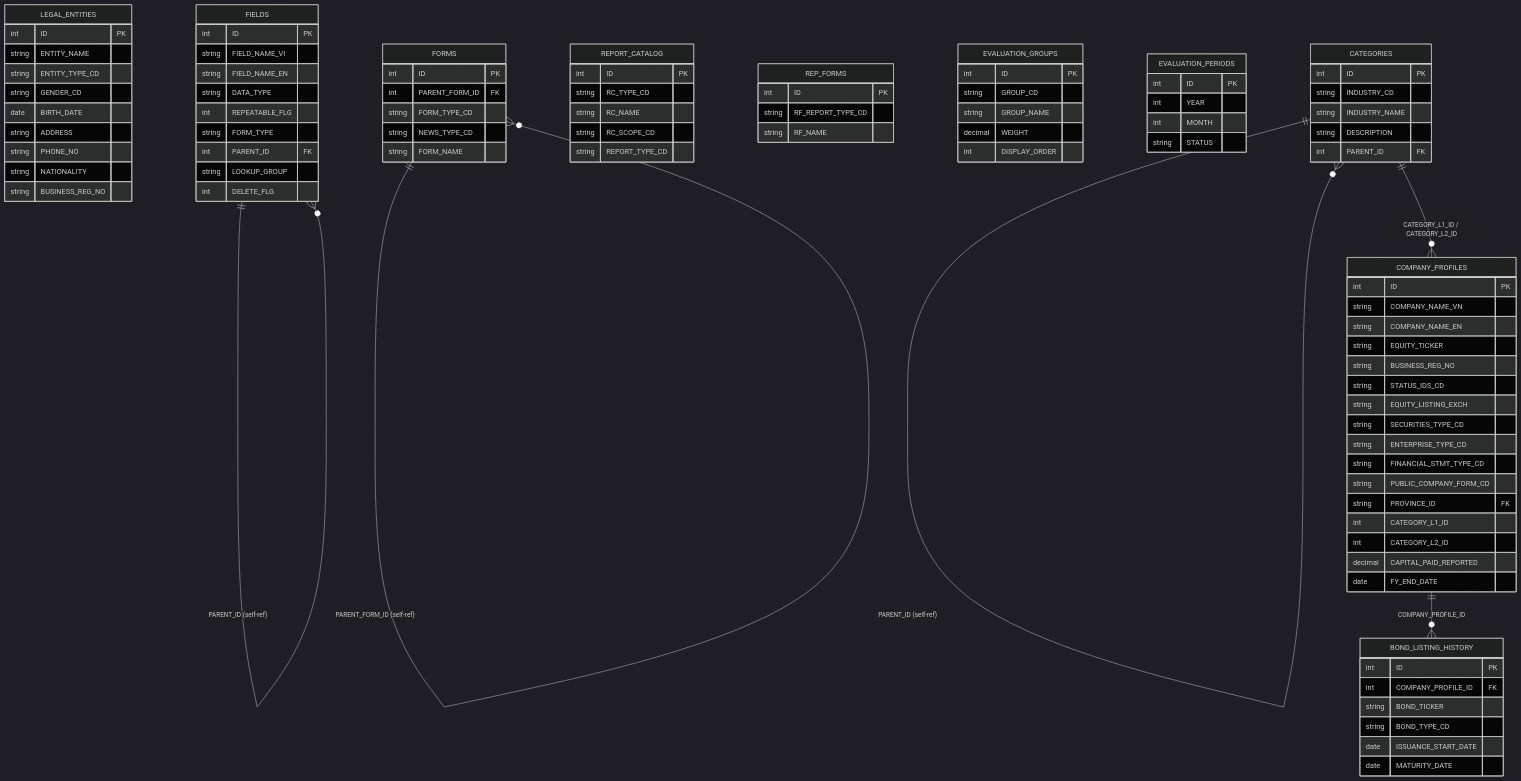
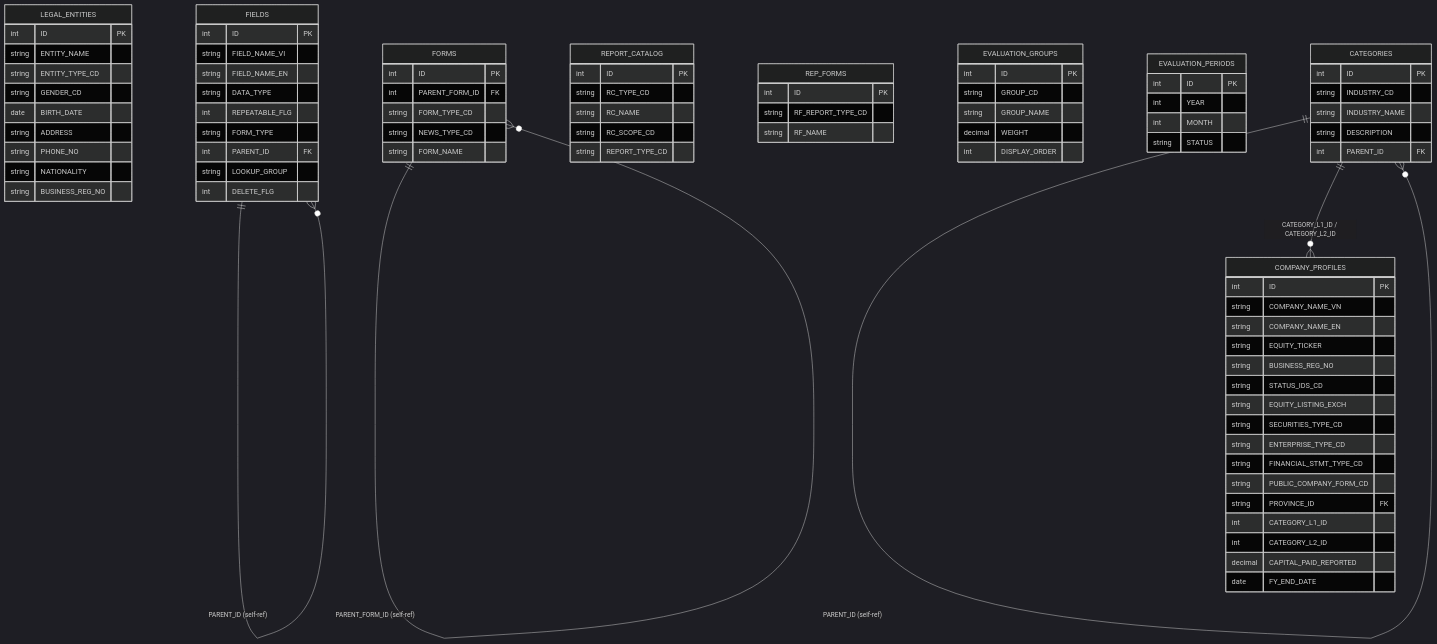
The first of 2 diagrams in DataModel/working/Atomic/hld/IDS_HLD_Tier1.md (linhlvit/ubck_atomic_design), drawn with Mermaid (dark theme) before and after one commit. The commit also changed other lines of this file and 29 other files, not shown here.

````diff
--- a/DataModel/working/Atomic/hld/IDS_HLD_Tier1.md
+++ b/DataModel/working/Atomic/hld/IDS_HLD_Tier1.md
@@ -109,15 +108,6 @@
         string STATUS
     }
 
-    BOND_LISTING_HISTORY {
-        int ID PK
-        int COMPANY_PROFILE_ID FK
-        string BOND_TICKER
-        string BOND_TYPE_CD
-        date ISSUANCE_START_DATE
-        date MATURITY_DATE
-    }
-
     CATEGORIES {
         int ID PK
         string INDUSTRY_CD
@@ -130,5 +120,4 @@
     CATEGORIES ||--o{ COMPANY_PROFILES : "CATEGORY_L1_ID / CATEGORY_L2_ID"
     FORMS ||--o{ FORMS : "PARENT_FORM_ID (self-ref)"
     FIELDS ||--o{ FIELDS : "PARENT_ID (self-ref)"
-    COMPANY_PROFILES ||--o{ BOND_LISTING_HISTORY : "COMPANY_PROFILE_ID"
 ```
````
